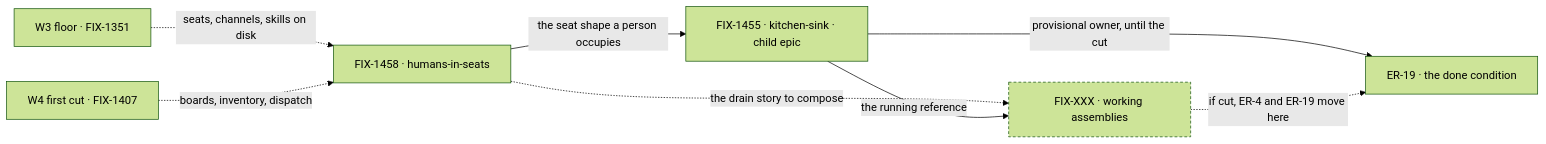
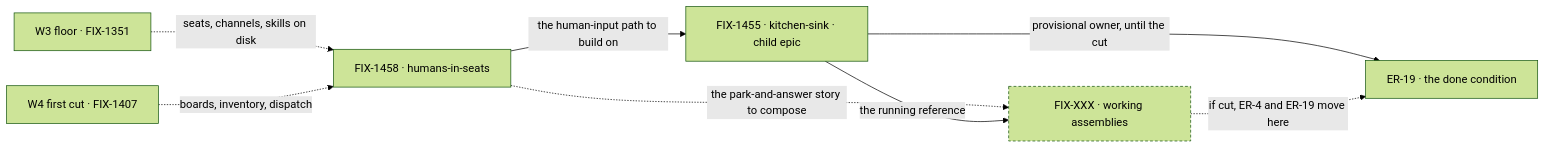
One commit to fixpoint-labs/flow-state-dev changed the diagram in spec/_epics/living-workforce/SPEC.md. Above: the diagram before and after it, drawn with Mermaid (forest theme). The commit also changed other lines of this file and 6 other files, not shown here.

First line of the commit message:
spec(epic): fold the D2 flip — the work plane changes, the org chart stays (FIX-1457)

````diff
--- a/spec/_epics/living-workforce/SPEC.md
+++ b/spec/_epics/living-workforce/SPEC.md
@@ -67,12 +69,12 @@
 ```mermaid
 flowchart LR
   W3["W3 floor · FIX-1351"] -.->|"seats, channels, skills on disk"| E
   W4["W4 first cut · FIX-1407"] -.->|"boards, inventory, dispatch"| E
-  E["FIX-1458 · humans-in-seats"] -->|"the seat shape a person occupies"| K["FIX-1455 · kitchen-sink · child epic"]
-  E -.->|"the drain story to compose"| A["FIX-XXX · working assemblies"]
+  E["FIX-1458 · humans-in-seats"] -->|"the human-input path to build on"| K["FIX-1455 · kitchen-sink · child epic"]
+  E -.->|"the park-and-answer story to compose"| A["FIX-XXX · working assemblies"]
   K -->|"the running reference"| A
   K -->|"provisional owner, until the cut"| P["ER-19 · the done condition"]
   A -.->|"if cut, ER-4 and ER-19 move here"| P
   classDef proposed stroke-dasharray:4 3
   class A proposed
 ```
````
